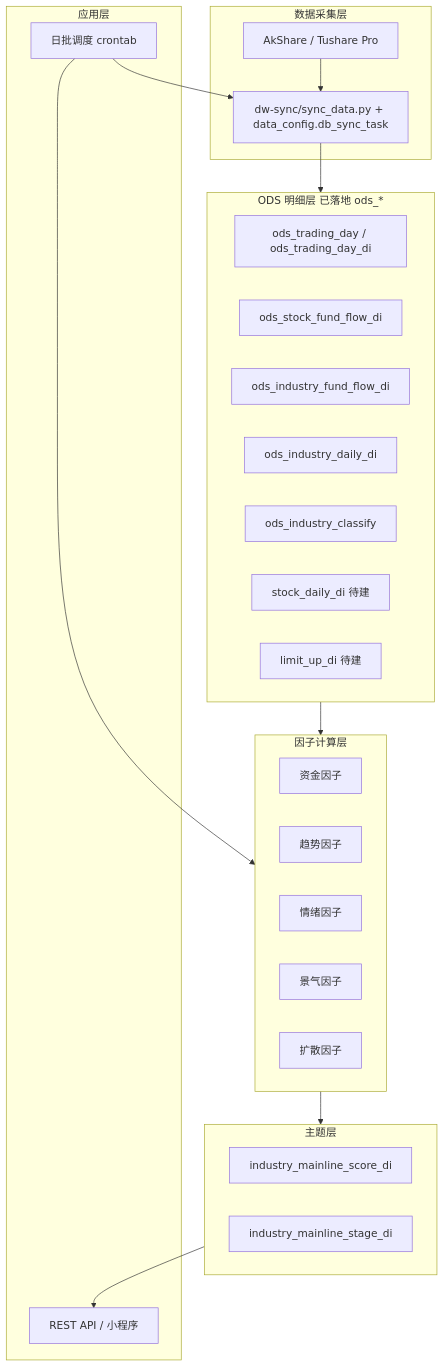
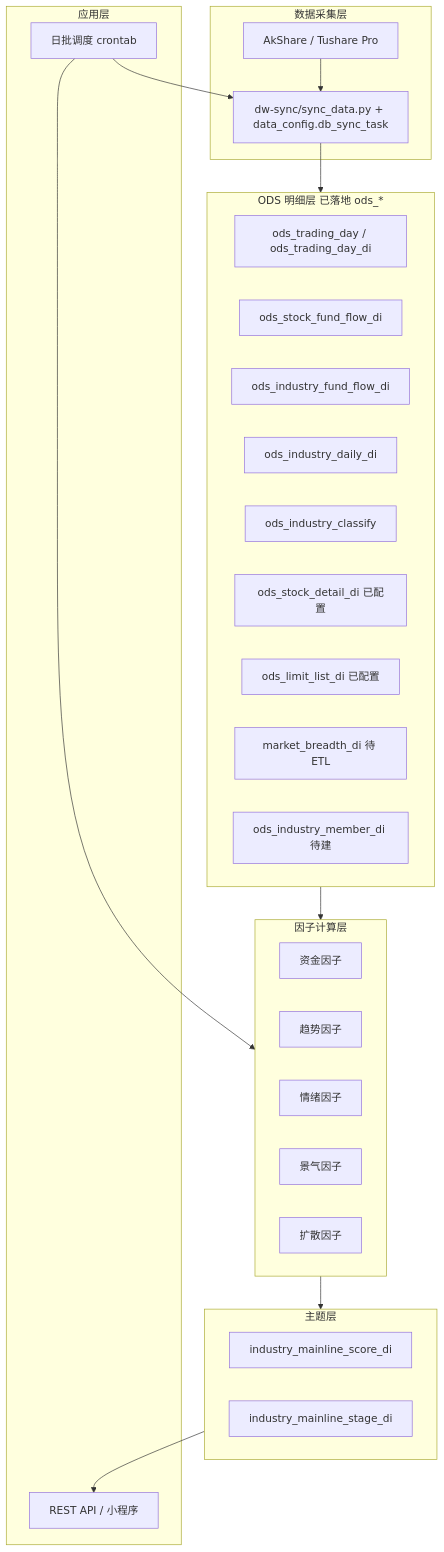
One commit to jinlujie111/stock_data changed the first of 2 diagrams in 需求整理/需求1-主线板块确认-技术文档.md. Above: the diagram before and after it, drawn with Mermaid. The commit also changed other lines of this file and 6 other files, not shown here.

````diff
--- a/需求整理/需求1-主线板块确认-技术文档.md
+++ b/需求整理/需求1-主线板块确认-技术文档.md
@@ -11,36 +11,38 @@
 ```mermaid
 flowchart TB
     subgraph ingest [数据采集层]
         AK[AkShare / Tushare Pro]
         SYNC[dw-sync/sync_data.py + data_config.db_sync_task]
     end
     subgraph ods [ODS 明细层 已落地 ods_*]
         T0[ods_trading_day / ods_trading_day_di]
         T1[ods_stock_fund_flow_di]
         T2[ods_industry_fund_flow_di]
         T3[ods_industry_daily_di]
         T4[ods_industry_classify]
-        T5[stock_daily_di 待建]
-        T6[limit_up_di 待建]
+        T5[ods_stock_detail_di 已配置]
+        T6[ods_limit_list_di 已配置]
+        T7[market_breadth_di 待 ETL]
+        T8[ods_industry_member_di 待建]
     end
     subgraph dwd [因子计算层]
         F1[资金因子]
         F2[趋势因子]
         F3[情绪因子]
         F4[景气因子]
         F5[扩散因子]
     end
     subgraph dm [主题层]
         SC[industry_mainline_score_di]
         ST[industry_mainline_stage_di]
     end
     subgraph app [应用层]
         API[REST API / 小程序]
         JOB[日批调度 crontab]
     end
     AK --> SYNC --> ods
     ods --> dwd --> dm
     dm --> API
     JOB --> SYNC
     JOB --> dwd
 ```
````
